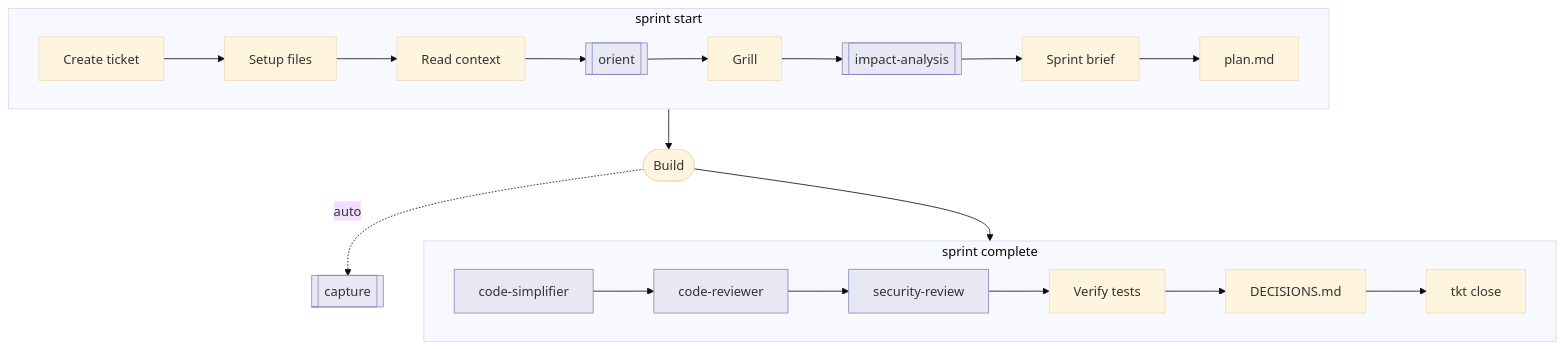
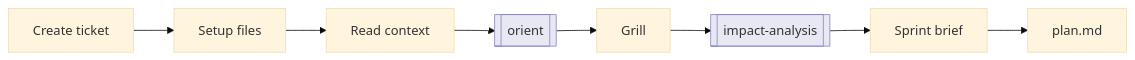
The first of 2 diagrams in README.md (chightow/canon-skills), drawn with Mermaid (base theme) before and after one commit. The commit also changed other lines of this file, not shown here.

Commit message:
docs: split sprint diagram into two flat flowchart LR rows
Mermaid's dagre engine ignores direction LR inside subgraphs entirely
(confirmed: renders 327x1397 vertical even in mmdc v11). Two separate
flowchart LR blocks each render at ~1378x70 -- flat and horizontal.
Build + capture shown as a text divider between the two rows.

````diff
--- a/README.md
+++ b/README.md
@@ -70,20 +72,6 @@
 ```mermaid
-flowchart TD
-    subgraph START ["sprint start"]
-        direction LR
-        S1[Create ticket] --> S2[Setup files] --> S3[Read context] --> S4[[orient]] --> S5[Grill] --> S6[[impact-analysis]] --> S7[Sprint brief] --> S9[plan.md]
-    end
-
-    S9 --> BLD([Build])
-    BLD -.->|auto| CAP[[capture]]
-
-    subgraph DONE ["sprint complete"]
-        direction LR
-        W1[code-simplifier] --> W2[code-reviewer] --> W3[security-review] --> C1[Verify tests] --> C4[DECISIONS.md] --> C5[tkt close]
-    end
-
-    BLD --> W1
-
+flowchart LR
+    S1[Create ticket] --> S2[Setup files] --> S3[Read context] --> S4[[orient]] --> S5[Grill] --> S6[[impact-analysis]] --> S7[Sprint brief] --> S9[plan.md]
     classDef subskill fill:#e8e8f4,stroke:#8888bb
-    class S4,S6,CAP,W1,W2,W3 subskill
+    class S4,S6 subskill
 ```
````
